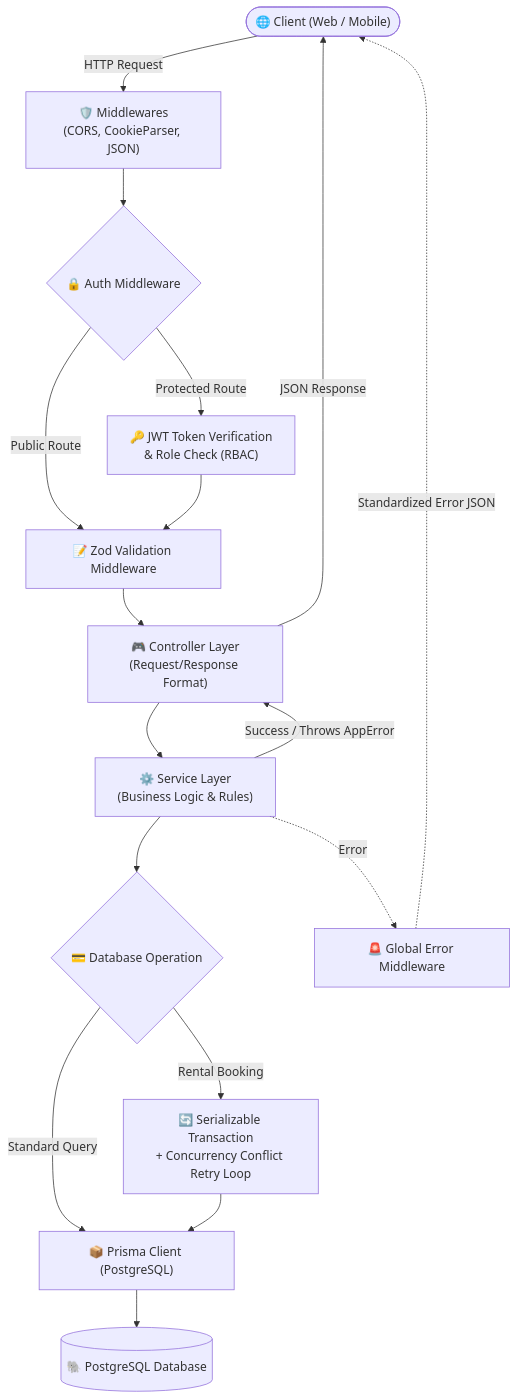
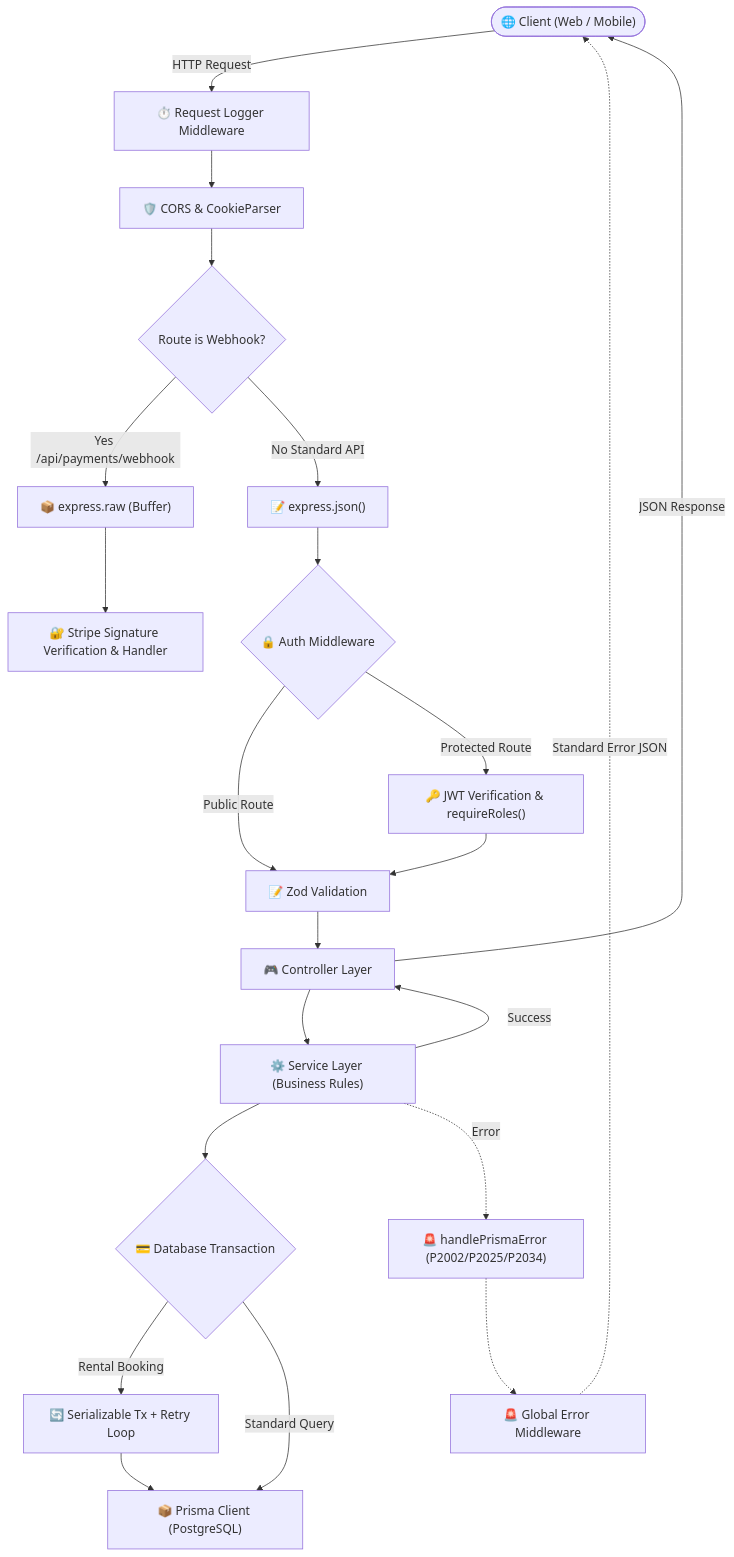
Before and after one commit to rakibul263/GearUp: the first of 2 diagrams in README.md, drawn with Mermaid. The commit also changed other lines of this file and 5 other files, not shown here.

Commit message:
chore: setup production server architecture, env validation, graceful shutdown, and complete documentation

````diff
--- a/README.md
+++ b/README.md
@@ -114,24 +84,29 @@
 ```mermaid
 flowchart TD
-    Client(["🌐 Client (Web / Mobile)"]) -->|HTTP Request| Middleware["🛡️ Middlewares\n(CORS, CookieParser, JSON)"]
-    Middleware --> AuthCheck{"🔒 Auth Middleware"}
+    Client(["🌐 Client (Web / Mobile)"]) -->|HTTP Request| RequestLogger["⏱️ Request Logger Middleware"]
+    RequestLogger --> CorsCookie["🛡️ CORS & CookieParser"]
     
-    AuthCheck -->|Public Route| Validator["📝 Zod Validation Middleware"]
-    AuthCheck -->|Protected Route| VerifyJWT["🔑 JWT Token Verification\n& Role Check (RBAC)"]
-    VerifyJWT --> Validator
+    CorsCookie --> WebhookBranch{"Route is Webhook?"}
+    WebhookBranch -->|Yes /api/payments/webhook| RawBody["📦 express.raw (Buffer)"]
+    WebhookBranch -->|No Standard API| JsonBody["📝 express.json()"]
     
-    Validator --> Controller["🎮 Controller Layer\n(Request/Response Format)"]
-    Controller --> Service["⚙️ Service Layer\n(Business Logic & Rules)"]
+    RawBody --> StripeWebhookHandler["🔐 Stripe Signature Verification & Handler"]
+    JsonBody --> AuthCheck{"🔒 Auth Middleware"}
     
-    Service --> Transaction{"💳 Database Operation"}
-    Transaction -->|Rental Booking| SerializableTx["🔄 Serializable Transaction\n+ Concurrency Conflict Retry Loop"]
-    Transaction -->|Standard Query| PrismaClient["📦 Prisma Client (PostgreSQL)"]
+    AuthCheck -->|Public Route| Validator["📝 Zod Validation"]
+    AuthCheck -->|Protected Route| RoleCheck["🔑 JWT Verification & requireRoles()"]
+    RoleCheck --> Validator
+    
+    Validator --> Controller["🎮 Controller Layer"]
+    Controller --> Service["⚙️ Service Layer (Business Rules)"]
+    
+    Service --> PrismaTx{"💳 Database Transaction"}
+    PrismaTx -->|Rental Booking| SerializableTx["🔄 Serializable Tx + Retry Loop"]
+    PrismaTx -->|Standard Query| PrismaClient["📦 Prisma Client (PostgreSQL)"]
     SerializableTx --> PrismaClient
     
-    PrismaClient --> Postgres[(🐘 PostgreSQL Database)]
-    
-    Service -->|Success / Throws AppError| Controller
-    Controller -->|JSON Response| Client
-    Service -.->|Error| ErrorHandler["🚨 Global Error Middleware"]
-    ErrorHandler -.->|Standardized Error JSON| Client
+    Service -->|Success| Controller -->|JSON Response| Client
+    Service -.->|Error| PrismaMapper["🚨 handlePrismaError (P2002/P2025/P2034)"]
+    PrismaMapper -.-> GlobalErrorHandler["🚨 Global Error Middleware"]
+    GlobalErrorHandler -.->|Standard Error JSON| Client
 ```
````
